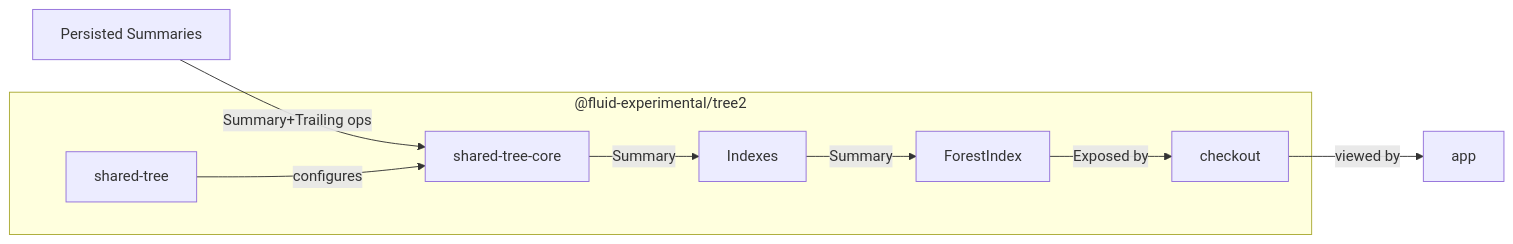
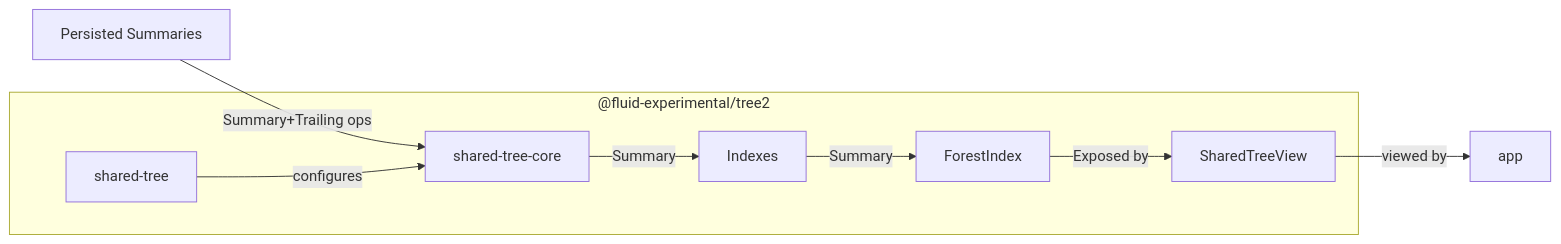
The second of 6 diagrams in experimental/dds/tree2/README.md (microsoft/FluidFramework), drawn with Mermaid before and after one commit. The commit also changed other lines of this file and 5 other files, not shown here.

Commit message:
Replace usages of the term checkout with view

````diff
--- a/experimental/dds/tree2/README.md
+++ b/experimental/dds/tree2/README.md
@@ -154,10 +154,10 @@
 ```mermaid
 flowchart LR;
     doc["Persisted Summaries"]--"Summary+Trailing ops"-->shared-tree-core
     subgraph "@fluid-experimental/tree2"
         shared-tree--"configures"-->shared-tree-core
         shared-tree-core--"Summary"-->Indexes--"Summary"-->ForestIndex;
-        ForestIndex--"Exposed by"-->checkout
+        ForestIndex--"Exposed by"-->SharedTreeView
     end
-    checkout--"viewed by"-->app
+    SharedTreeView--"viewed by"-->app
 ```
````
